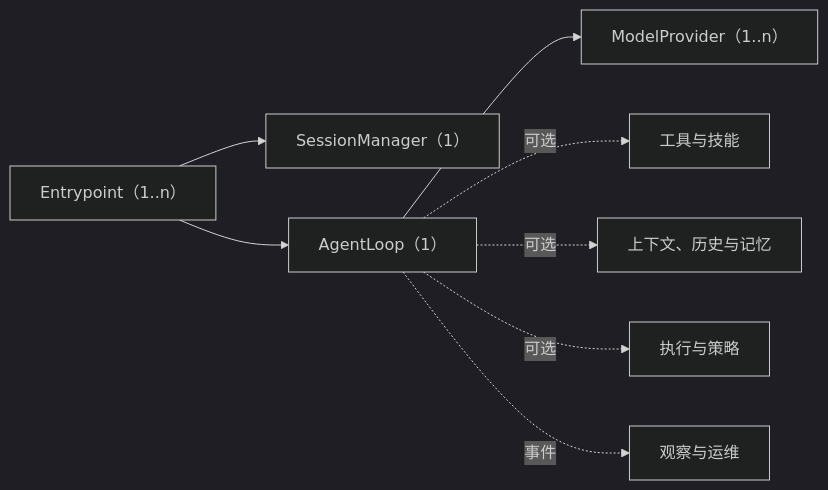
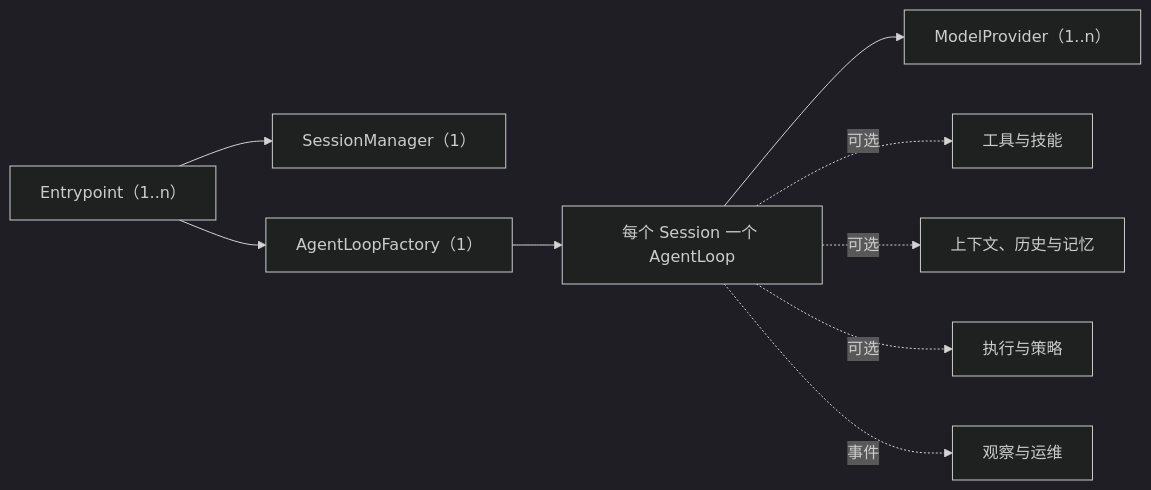
One commit to LyleLiu666/agentSlot changed the diagram in COMPONENT_MAP.zh-CN.md. Above: the diagram before and after it, drawn with Mermaid (dark theme). The commit also changed other lines of this file and 6 other files, not shown here.

````diff
--- a/COMPONENT_MAP.zh-CN.md
+++ b/COMPONENT_MAP.zh-CN.md
@@ -63,10 +64,11 @@
 ```mermaid
 flowchart LR
     E["Entrypoint（1..n）"] --> S["SessionManager（1）"]
-    E --> L["AgentLoop（1）"]
+    E --> F["AgentLoopFactory（1）"]
+    F --> L["每个 Session 一个 AgentLoop"]
     L --> M["ModelProvider（1..n）"]
     L -. "可选" .-> T["工具与技能"]
     L -. "可选" .-> C["上下文、历史与记忆"]
     L -. "可选" .-> X["执行与策略"]
     L -. "事件" .-> O["观察与运维"]
 ```
````
